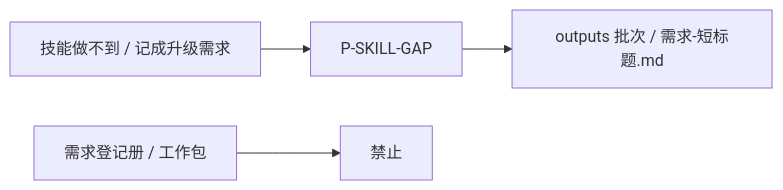
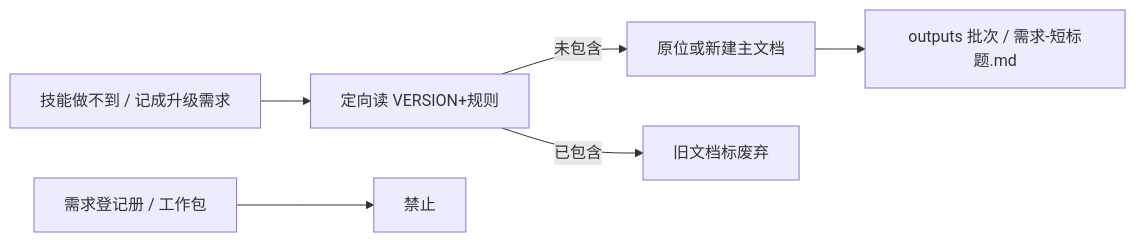
One commit to qiusuo0226/chrono-pm-skill changed the diagram in examples/20-技能缺口.md. Above: the diagram before and after it, drawn with Mermaid. The commit also changed other lines of this file and 10 other files, not shown here.

Commit message:
3.19.0 节点3：skill-gap 原位迭代与废弃（CR-007）

````diff
--- a/examples/20-技能缺口.md
+++ b/examples/20-技能缺口.md
@@ -11,6 +11,8 @@
 ```mermaid
 flowchart LR
-  U["技能做不到 / 记成升级需求"] --> GAP["P-SKILL-GAP"]
+  U["技能做不到 / 记成升级需求"] --> SCAN["定向读 VERSION+规则"]
+  SCAN -->|未包含| GAP["原位或新建主文档"]
+  SCAN -->|已包含| DEP["旧文档标废弃"]
   GAP --> OUT["outputs 批次 / 需求-短标题.md"]
   X["需求登记册 / 工作包"] --> BAN["禁止"]
 ```
````
